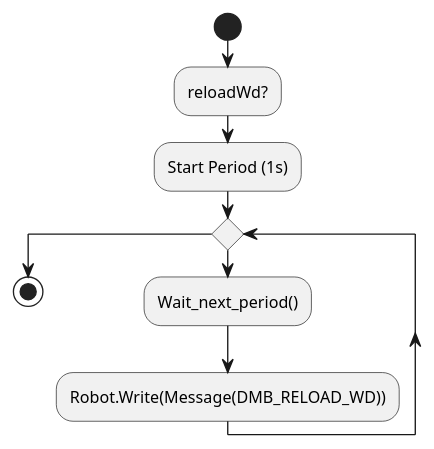
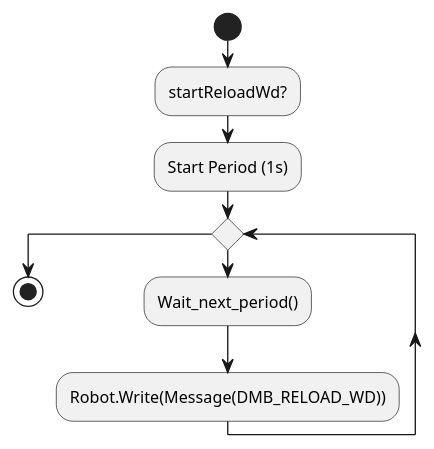
Before and after one commit to dotsumae/TP-temps-reel: the diagram in modele/diagrammes d'activite/th_reloadWd.plantuml, drawn with PlantUML.

```diff
--- a/modele/diagrammes d'activite/th_reloadWd.plantuml
+++ b/modele/diagrammes d'activite/th_reloadWd.plantuml
@@ -1,17 +1,17 @@
 @startuml
 skinparam monochrome true
 
 start
-:reloadWd?;
+:startReloadWd?;
 :Start Period (1s);
 
 while ()
   :Wait_next_period();
   :Robot.Write(Message(DMB_RELOAD_WD));
 endwhile
 
 
 
 
 stop
 @enduml
```
